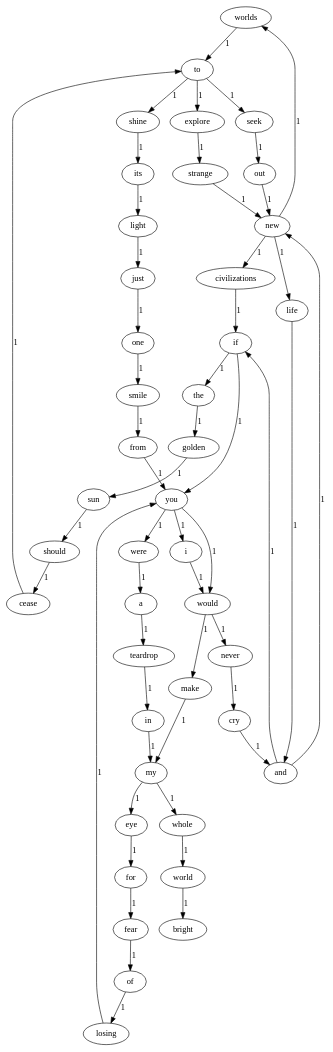
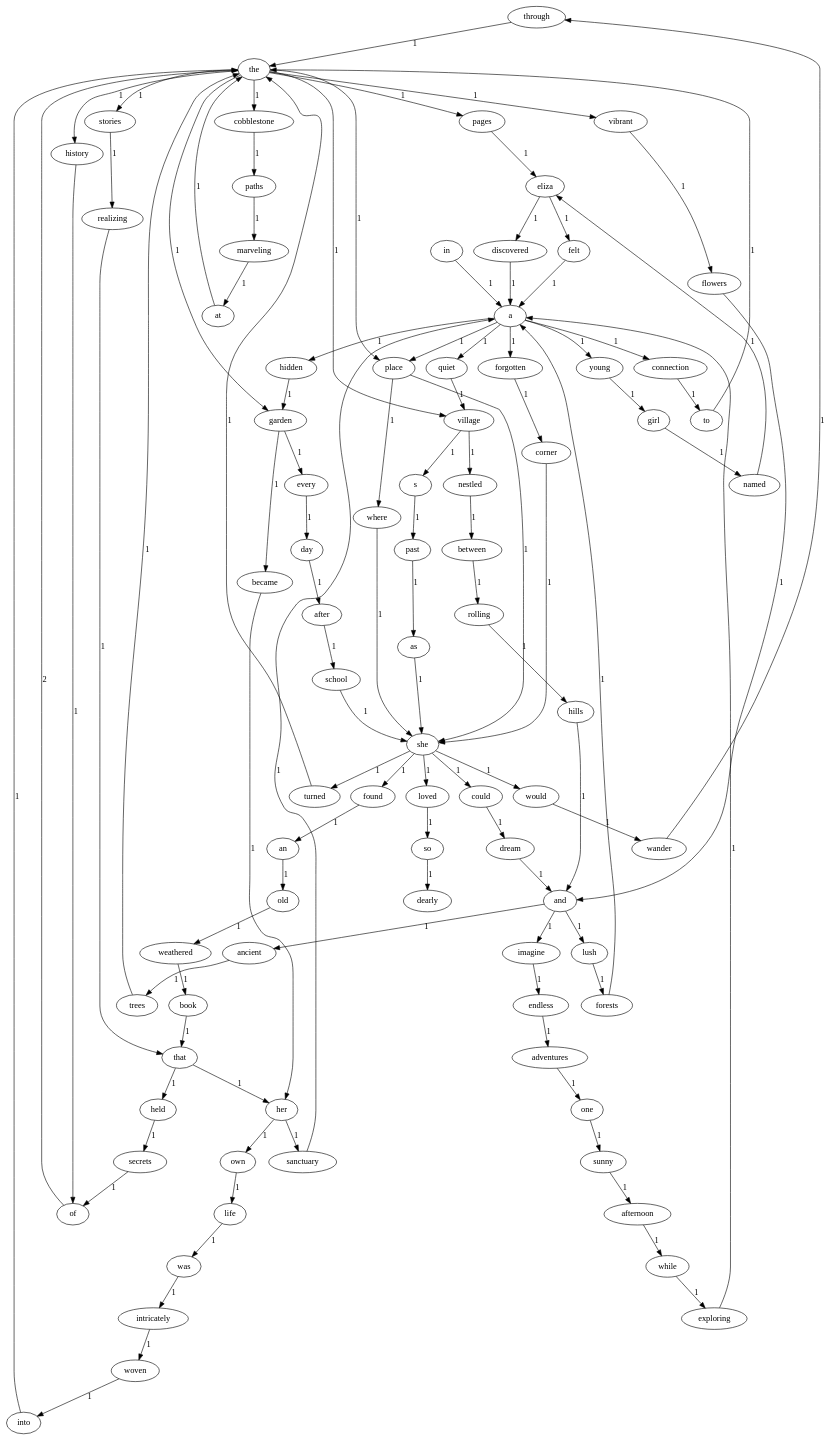
The diagram in lab1/graph.dot (hxiFeng/softwore_engineer_lab), drawn with Graphviz before and after one commit. The commit also changed 8 other files, not shown here.

```diff
--- a/lab1/graph.dot
+++ b/lab1/graph.dot
@@ -1,53 +1,106 @@
 digraph G {
-    "worlds" -> "to" [label="1"];
-    "teardrop" -> "in" [label="1"];
-    "for" -> "fear" [label="1"];
-    "whole" -> "world" [label="1"];
-    "seek" -> "out" [label="1"];
-    "sun" -> "should" [label="1"];
-    "life" -> "and" [label="1"];
-    "out" -> "new" [label="1"];
-    "losing" -> "you" [label="1"];
-    "smile" -> "from" [label="1"];
-    "world" -> "bright" [label="1"];
-    "would" -> "never" [label="1"];
-    "would" -> "make" [label="1"];
-    "and" -> "new" [label="1"];
-    "and" -> "if" [label="1"];
-    "of" -> "losing" [label="1"];
-    "golden" -> "sun" [label="1"];
-    "should" -> "cease" [label="1"];
-    "from" -> "you" [label="1"];
-    "civilizations" -> "if" [label="1"];
-    "if" -> "the" [label="1"];
-    "if" -> "you" [label="1"];
-    "just" -> "one" [label="1"];
-    "make" -> "my" [label="1"];
-    "you" -> "would" [label="1"];
-    "you" -> "were" [label="1"];
-    "you" -> "i" [label="1"];
-    "fear" -> "of" [label="1"];
-    "new" -> "worlds" [label="1"];
-    "new" -> "civilizations" [label="1"];
-    "new" -> "life" [label="1"];
-    "a" -> "teardrop" [label="1"];
-    "explore" -> "strange" [label="1"];
-    "in" -> "my" [label="1"];
-    "one" -> "smile" [label="1"];
-    "i" -> "would" [label="1"];
-    "its" -> "light" [label="1"];
-    "cry" -> "and" [label="1"];
-    "my" -> "eye" [label="1"];
-    "my" -> "whole" [label="1"];
-    "strange" -> "new" [label="1"];
-    "shine" -> "its" [label="1"];
-    "eye" -> "for" [label="1"];
-    "the" -> "golden" [label="1"];
-    "never" -> "cry" [label="1"];
-    "cease" -> "to" [label="1"];
-    "light" -> "just" [label="1"];
-    "were" -> "a" [label="1"];
-    "to" -> "explore" [label="1"];
-    "to" -> "seek" [label="1"];
-    "to" -> "shine" [label="1"];
+    "through" -> "the" [label="1"];
+    "named" -> "eliza" [label="1"];
+    "held" -> "secrets" [label="1"];
+    "woven" -> "into" [label="1"];
+    "own" -> "life" [label="1"];
+    "eliza" -> "discovered" [label="1"];
+    "eliza" -> "felt" [label="1"];
+    "while" -> "exploring" [label="1"];
+    "trees" -> "the" [label="1"];
+    "intricately" -> "woven" [label="1"];
+    "that" -> "her" [label="1"];
+    "that" -> "held" [label="1"];
+    "pages" -> "eliza" [label="1"];
+    "would" -> "wander" [label="1"];
+    "her" -> "sanctuary" [label="1"];
+    "her" -> "own" [label="1"];
+    "corner" -> "she" [label="1"];
+    "loved" -> "so" [label="1"];
+    "school" -> "she" [label="1"];
+    "forgotten" -> "corner" [label="1"];
+    "marveling" -> "at" [label="1"];
+    "connection" -> "to" [label="1"];
+    "sunny" -> "afternoon" [label="1"];
+    "day" -> "after" [label="1"];
+    "between" -> "rolling" [label="1"];
+    "adventures" -> "one" [label="1"];
+    "vibrant" -> "flowers" [label="1"];
+    "flowers" -> "and" [label="1"];
+    "sanctuary" -> "a" [label="1"];
+    "imagine" -> "endless" [label="1"];
+    "in" -> "a" [label="1"];
+    "old" -> "weathered" [label="1"];
+    "past" -> "as" [label="1"];
+    "felt" -> "a" [label="1"];
+    "history" -> "of" [label="1"];
+    "lush" -> "forests" [label="1"];
+    "girl" -> "named" [label="1"];
+    "ancient" -> "trees" [label="1"];
+    "an" -> "old" [label="1"];
+    "weathered" -> "book" [label="1"];
+    "secrets" -> "of" [label="1"];
+    "she" -> "found" [label="1"];
+    "she" -> "would" [label="1"];
+    "she" -> "turned" [label="1"];
+    "she" -> "loved" [label="1"];
+    "she" -> "could" [label="1"];
+    "as" -> "she" [label="1"];
+    "at" -> "the" [label="1"];
+    "dream" -> "and" [label="1"];
+    "wander" -> "through" [label="1"];
+    "paths" -> "marveling" [label="1"];
+    "hills" -> "and" [label="1"];
+    "became" -> "her" [label="1"];
+    "discovered" -> "a" [label="1"];
+    "hidden" -> "garden" [label="1"];
+    "turned" -> "the" [label="1"];
+    "young" -> "girl" [label="1"];
+    "book" -> "that" [label="1"];
+    "endless" -> "adventures" [label="1"];
+    "life" -> "was" [label="1"];
+    "rolling" -> "hills" [label="1"];
+    "into" -> "the" [label="1"];
+    "found" -> "an" [label="1"];
+    "cobblestone" -> "paths" [label="1"];
+    "and" -> "imagine" [label="1"];
+    "and" -> "lush" [label="1"];
+    "and" -> "ancient" [label="1"];
+    "of" -> "the" [label="2"];
+    "where" -> "she" [label="1"];
+    "quiet" -> "village" [label="1"];
+    "after" -> "school" [label="1"];
+    "place" -> "she" [label="1"];
+    "place" -> "where" [label="1"];
+    "village" -> "nestled" [label="1"];
+    "village" -> "s" [label="1"];
+    "so" -> "dearly" [label="1"];
+    "every" -> "day" [label="1"];
+    "a" -> "hidden" [label="1"];
+    "a" -> "young" [label="1"];
+    "a" -> "forgotten" [label="1"];
+    "a" -> "connection" [label="1"];
+    "a" -> "quiet" [label="1"];
+    "a" -> "place" [label="1"];
+    "nestled" -> "between" [label="1"];
+    "stories" -> "realizing" [label="1"];
+    "could" -> "dream" [label="1"];
+    "one" -> "sunny" [label="1"];
+    "was" -> "intricately" [label="1"];
+    "realizing" -> "that" [label="1"];
+    "forests" -> "a" [label="1"];
+    "the" -> "vibrant" [label="1"];
+    "the" -> "pages" [label="1"];
+    "the" -> "stories" [label="1"];
+    "the" -> "cobblestone" [label="1"];
+    "the" -> "garden" [label="1"];
+    "the" -> "history" [label="1"];
+    "the" -> "place" [label="1"];
+    "the" -> "village" [label="1"];
+    "afternoon" -> "while" [label="1"];
+    "exploring" -> "a" [label="1"];
+    "s" -> "past" [label="1"];
+    "garden" -> "became" [label="1"];
+    "garden" -> "every" [label="1"];
+    "to" -> "the" [label="1"];
 }
```
